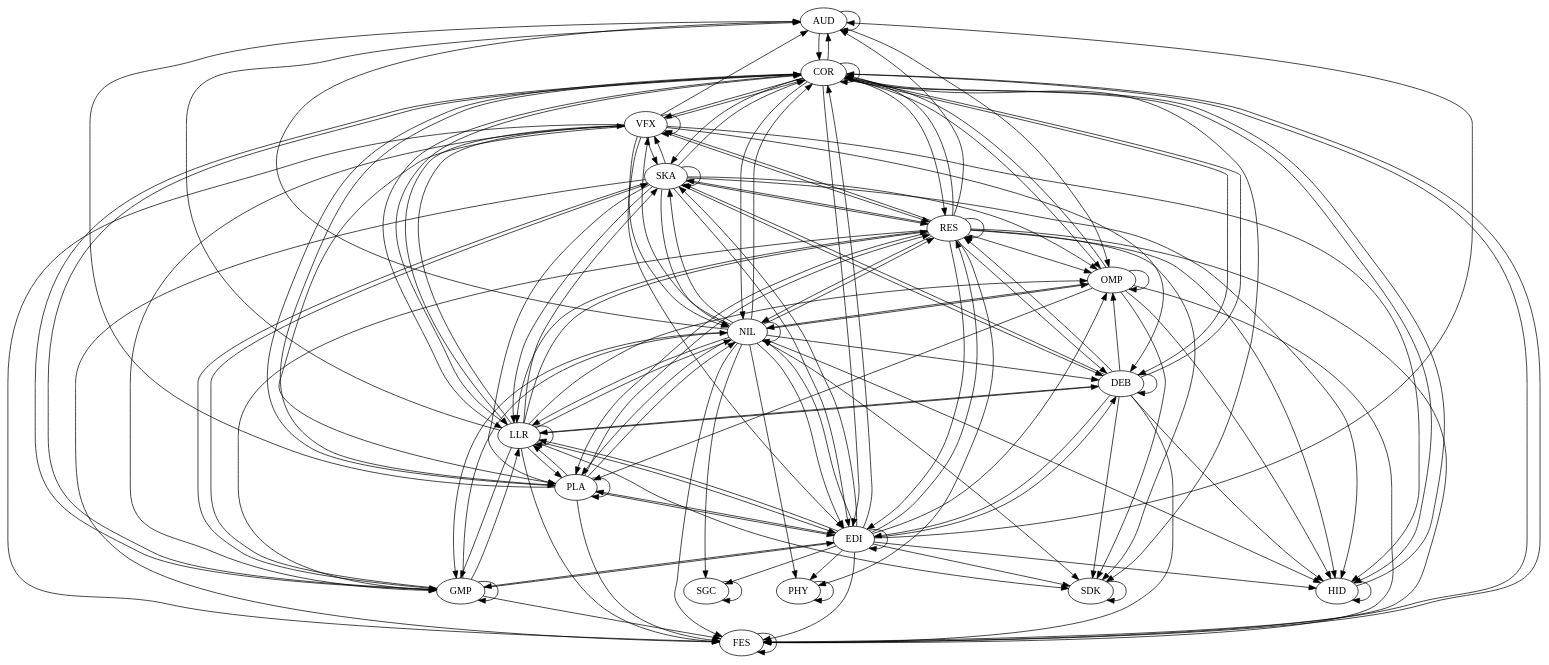
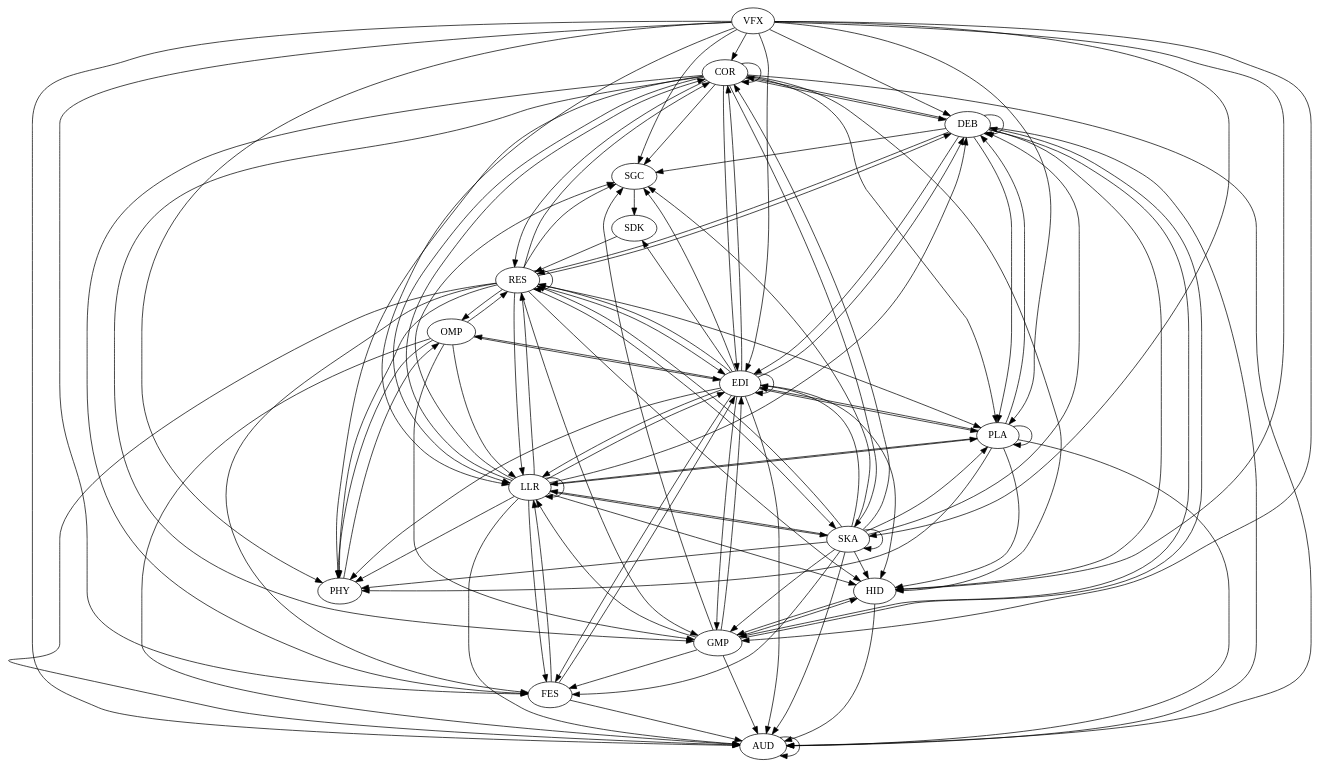
One commit to gamedev-studies/game-engine-analyser changed the diagram in 6_architectural_map_gen/outputs/UnrealEngine.dot. Above: the diagram before and after it, drawn with Graphviz. The commit also changed 10 other files, not shown here.

```diff
--- a/6_architectural_map_gen/outputs/UnrealEngine.dot
+++ b/6_architectural_map_gen/outputs/UnrealEngine.dot
@@ -1,148 +1,118 @@
 digraph "source tree" {
 	"AUD" -> "AUD"
-	"AUD" -> "COR"
-	"AUD" -> "OMP"
 	"COR" -> "AUD"
 	"COR" -> "COR"
 	"COR" -> "DEB"
 	"COR" -> "EDI"
 	"COR" -> "FES"
 	"COR" -> "GMP"
 	"COR" -> "HID"
 	"COR" -> "LLR"
-	"COR" -> "NIL"
-	"COR" -> "OMP"
+	"COR" -> "PHY"
 	"COR" -> "PLA"
 	"COR" -> "RES"
-	"COR" -> "SDK"
+	"COR" -> "SGC"
 	"COR" -> "SKA"
-	"COR" -> "VFX"
+	"DEB" -> "AUD"
 	"DEB" -> "COR"
 	"DEB" -> "DEB"
 	"DEB" -> "EDI"
-	"DEB" -> "FES"
+	"DEB" -> "GMP"
 	"DEB" -> "HID"
-	"DEB" -> "LLR"
-	"DEB" -> "OMP"
+	"DEB" -> "PLA"
 	"DEB" -> "RES"
-	"DEB" -> "SDK"
-	"DEB" -> "SKA"
+	"DEB" -> "SGC"
 	"EDI" -> "AUD"
 	"EDI" -> "COR"
 	"EDI" -> "DEB"
 	"EDI" -> "EDI"
 	"EDI" -> "FES"
 	"EDI" -> "GMP"
 	"EDI" -> "HID"
 	"EDI" -> "LLR"
-	"EDI" -> "NIL"
 	"EDI" -> "OMP"
 	"EDI" -> "PHY"
 	"EDI" -> "PLA"
 	"EDI" -> "RES"
 	"EDI" -> "SDK"
 	"EDI" -> "SGC"
-	"EDI" -> "SKA"
-	"FES" -> "COR"
-	"FES" -> "FES"
-	"GMP" -> "COR"
+	"FES" -> "AUD"
+	"FES" -> "EDI"
+	"FES" -> "LLR"
+	"GMP" -> "AUD"
+	"GMP" -> "DEB"
 	"GMP" -> "EDI"
 	"GMP" -> "FES"
-	"GMP" -> "GMP"
+	"GMP" -> "HID"
 	"GMP" -> "LLR"
-	"GMP" -> "NIL"
-	"GMP" -> "SKA"
-	"HID" -> "COR"
-	"HID" -> "HID"
+	"GMP" -> "SGC"
+	"HID" -> "AUD"
+	"HID" -> "GMP"
 	"LLR" -> "AUD"
 	"LLR" -> "COR"
 	"LLR" -> "DEB"
 	"LLR" -> "EDI"
 	"LLR" -> "FES"
-	"LLR" -> "GMP"
+	"LLR" -> "HID"
 	"LLR" -> "LLR"
-	"LLR" -> "NIL"
-	"LLR" -> "OMP"
+	"LLR" -> "PHY"
 	"LLR" -> "PLA"
 	"LLR" -> "RES"
-	"LLR" -> "SDK"
+	"LLR" -> "SGC"
 	"LLR" -> "SKA"
-	"LLR" -> "VFX"
-	"NIL" -> "AUD"
-	"NIL" -> "COR"
-	"NIL" -> "DEB"
-	"NIL" -> "EDI"
-	"NIL" -> "FES"
-	"NIL" -> "GMP"
-	"NIL" -> "HID"
-	"NIL" -> "LLR"
-	"NIL" -> "NIL"
-	"NIL" -> "OMP"
-	"NIL" -> "PHY"
-	"NIL" -> "PLA"
-	"NIL" -> "RES"
-	"NIL" -> "SDK"
-	"NIL" -> "SGC"
-	"NIL" -> "SKA"
-	"NIL" -> "VFX"
-	"OMP" -> "COR"
-	"OMP" -> "FES"
-	"OMP" -> "HID"
-	"OMP" -> "NIL"
-	"OMP" -> "OMP"
-	"OMP" -> "PLA"
-	"OMP" -> "SDK"
-	"PHY" -> "PHY"
+	"OMP" -> "AUD"
+	"OMP" -> "EDI"
+	"OMP" -> "GMP"
+	"OMP" -> "LLR"
+	"OMP" -> "PHY"
+	"OMP" -> "RES"
+	"PHY" -> "OMP"
 	"PLA" -> "AUD"
-	"PLA" -> "COR"
+	"PLA" -> "DEB"
 	"PLA" -> "EDI"
-	"PLA" -> "FES"
+	"PLA" -> "HID"
 	"PLA" -> "LLR"
-	"PLA" -> "NIL"
+	"PLA" -> "PHY"
 	"PLA" -> "PLA"
-	"PLA" -> "RES"
 	"RES" -> "AUD"
 	"RES" -> "COR"
 	"RES" -> "DEB"
 	"RES" -> "EDI"
 	"RES" -> "FES"
 	"RES" -> "GMP"
 	"RES" -> "HID"
 	"RES" -> "LLR"
-	"RES" -> "NIL"
 	"RES" -> "OMP"
 	"RES" -> "PHY"
 	"RES" -> "PLA"
 	"RES" -> "RES"
-	"RES" -> "SDK"
+	"RES" -> "SGC"
 	"RES" -> "SKA"
-	"RES" -> "VFX"
-	"SDK" -> "SDK"
-	"SGC" -> "SGC"
+	"SDK" -> "RES"
+	"SGC" -> "SDK"
+	"SKA" -> "AUD"
 	"SKA" -> "COR"
 	"SKA" -> "DEB"
 	"SKA" -> "EDI"
 	"SKA" -> "FES"
 	"SKA" -> "GMP"
 	"SKA" -> "HID"
 	"SKA" -> "LLR"
-	"SKA" -> "NIL"
-	"SKA" -> "OMP"
+	"SKA" -> "PHY"
 	"SKA" -> "PLA"
 	"SKA" -> "RES"
+	"SKA" -> "SGC"
 	"SKA" -> "SKA"
-	"SKA" -> "VFX"
 	"VFX" -> "AUD"
 	"VFX" -> "COR"
 	"VFX" -> "DEB"
 	"VFX" -> "EDI"
 	"VFX" -> "FES"
 	"VFX" -> "GMP"
 	"VFX" -> "HID"
 	"VFX" -> "LLR"
-	"VFX" -> "NIL"
+	"VFX" -> "PHY"
 	"VFX" -> "PLA"
-	"VFX" -> "RES"
+	"VFX" -> "SGC"
 	"VFX" -> "SKA"
-	"VFX" -> "VFX"
 }
```
